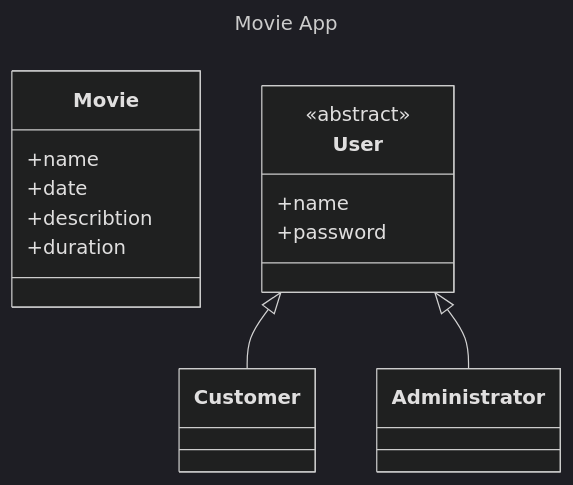
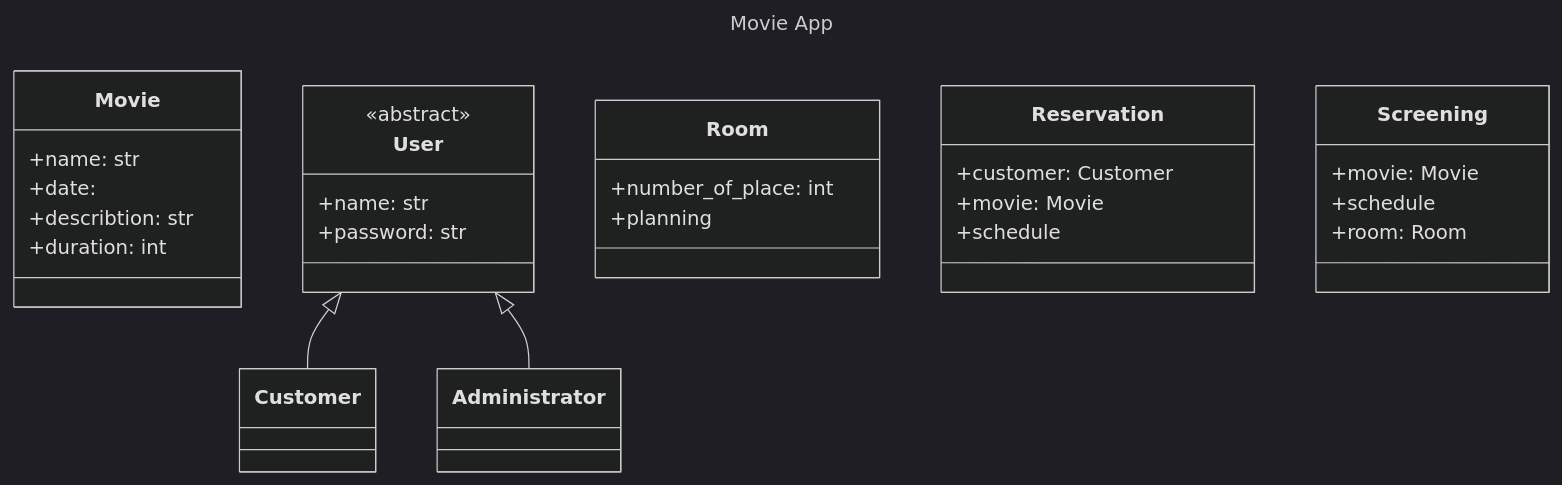
One commit to mdeniard/ensai-it-project-2a-team-4 changed the diagram in doc/class_diagram.md. Above: the diagram before and after it, drawn with Mermaid (dark theme). The commit also changed 2 other files, not shown here.

Commit message:
Work on the class diagram

````diff
--- a/doc/class_diagram.md
+++ b/doc/class_diagram.md
@@ -1,28 +1,47 @@
 ```mermaid
 ---
 title: Movie App
 ---
 classDiagram
     class Movie{
-        +name
-        +date
-        +describtion
-        +duration
+        +name: str
+        +date: 
+        +describtion: str
+        +duration: int
     }
     
     class User{
         <<abstract>>
-        +name
-        +password
+        +name: str
+        +password: str
     }
 
     class Customer {
     }
 
     class Administrator {
     }
 
     User <|-- Customer
     User <|-- Administrator
 
+    class Room{
+        +number_of_place: int
+        +planning
+    }
+
+    class Reservation{
+        +customer: Customer
+        +movie: Movie
+        +schedule
+    }
+
+    class Screening{
+        +movie: Movie
+        +schedule
+        +room: Room
+    }
+
+
+
 ```
````
